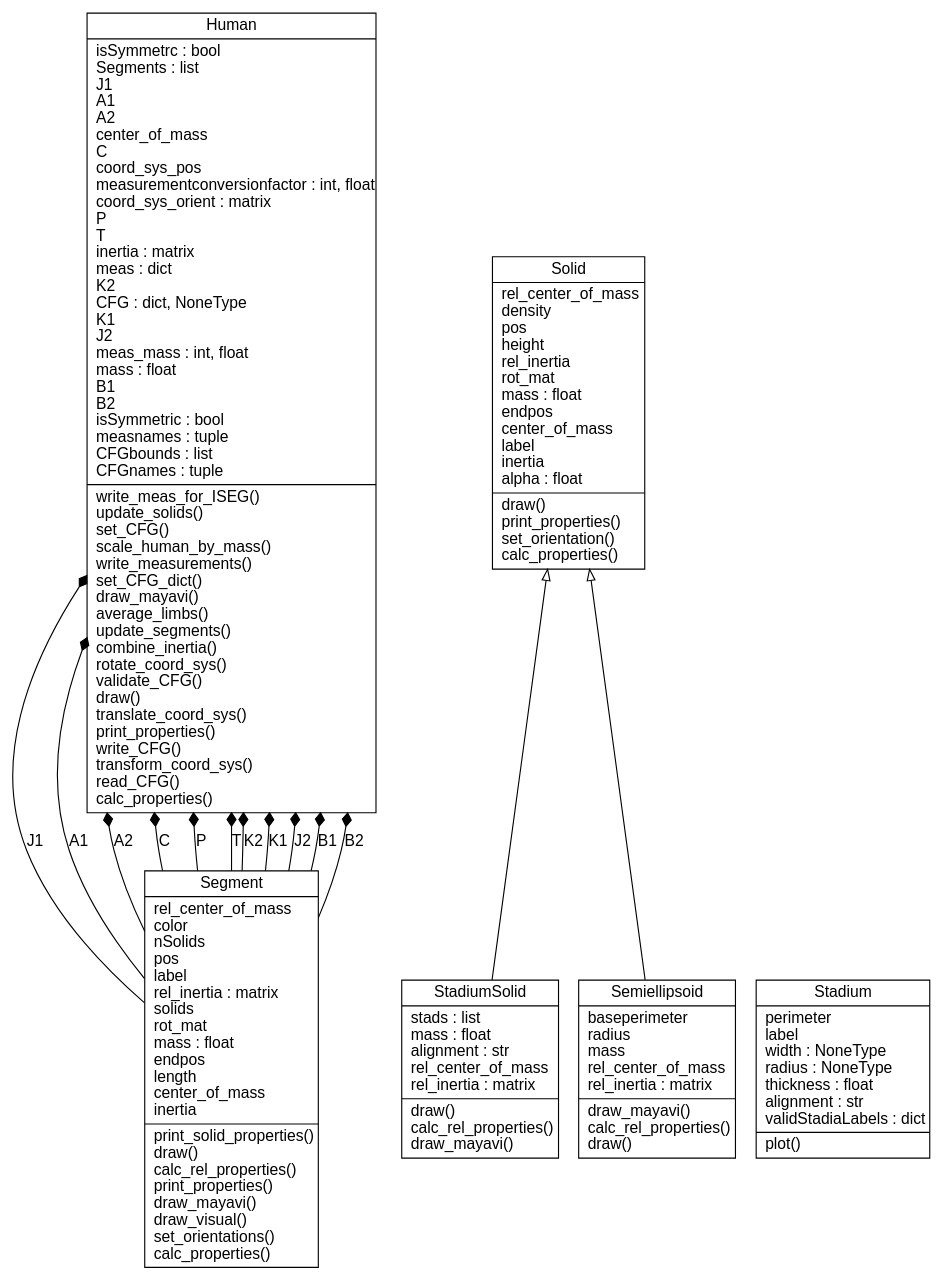
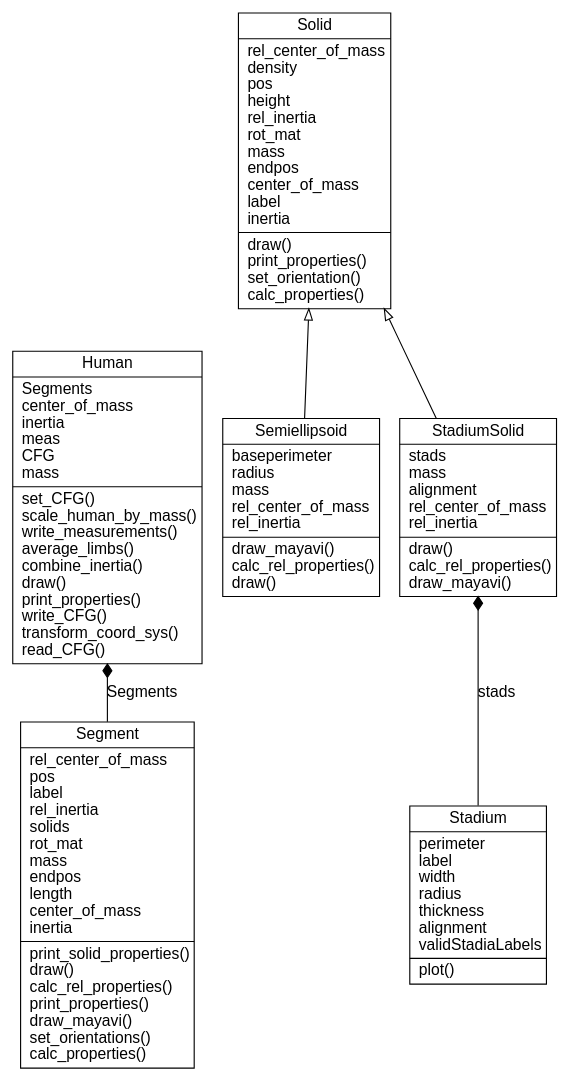
The diagram in umldiagram/umldiagram.dot (chrisdembia/python-yeadon-paper), drawn with Graphviz before and after one commit.

Commit message:
Trimming down uml diagram more.

```diff
--- a/umldiagram/umldiagram.dot
+++ b/umldiagram/umldiagram.dot
@@ -1,25 +1,16 @@
 digraph "classes_No_Name" {
     node [fontname=Arial];
     edge [fontname=Arial];
 charset="utf-8"
 rankdir=BT
-"14" [shape="record", label="{Segment|rel_center_of_mass\lcolor\lnSolids\lpos\llabel\lrel_inertia : matrix\lsolids\lrot_mat\lmass : float\lendpos\llength\lcenter_of_mass\linertia\l|print_solid_properties()\ldraw()\lcalc_rel_properties()\lprint_properties()\ldraw_mayavi()\ldraw_visual()\lset_orientations()\lcalc_properties()\l}"];
-"16" [shape="record", label="{Human|isSymmetrc : bool\lSegments : list\lJ1\lA1\lA2\lcenter_of_mass\lC\lcoord_sys_pos\lmeasurementconversionfactor : int, float\lcoord_sys_orient : matrix\lP\lT\linertia : matrix\lmeas : dict\lK2\lCFG : dict, NoneType\lK1\lJ2\lmeas_mass : int, float\lmass : float\lB1\lB2\lisSymmetric : bool\lmeasnames : tuple\lCFGbounds : list\lCFGnames : tuple\l|write_meas_for_ISEG()\lupdate_solids()\lset_CFG()\lscale_human_by_mass()\lwrite_measurements()\lset_CFG_dict()\ldraw_mayavi()\laverage_limbs()\lupdate_segments()\lcombine_inertia()\lrotate_coord_sys()\lvalidate_CFG()\ldraw()\ltranslate_coord_sys()\lprint_properties()\lwrite_CFG()\ltransform_coord_sys()\lread_CFG()\lcalc_properties()\l}"];
-"20" [shape="record", label="{StadiumSolid|stads : list\lmass : float\lalignment : str\lrel_center_of_mass\lrel_inertia : matrix\l|draw()\lcalc_rel_properties()\ldraw_mayavi()\l}"];
-"21" [shape="record", label="{Solid|rel_center_of_mass\ldensity\lpos\lheight\lrel_inertia\lrot_mat\lmass : float\lendpos\lcenter_of_mass\llabel\linertia\lalpha : float\l|draw()\lprint_properties()\lset_orientation()\lcalc_properties()\l}"];
-"22" [shape="record", label="{Stadium|perimeter\llabel\lwidth : NoneType\lradius : NoneType\lthickness : float\lalignment : str\lvalidStadiaLabels : dict\l|plot()\l}"];
-"23" [shape="record", label="{Semiellipsoid|baseperimeter\lradius\lmass\lrel_center_of_mass\lrel_inertia : matrix\l|draw_mayavi()\lcalc_rel_properties()\ldraw()\l}"];
+"14" [shape="record", label="{Segment|rel_center_of_mass\lpos\llabel\lrel_inertia\lsolids\lrot_mat\lmass\lendpos\llength\lcenter_of_mass\linertia\l|print_solid_properties()\ldraw()\lcalc_rel_properties()\lprint_properties()\ldraw_mayavi()\lset_orientations()\lcalc_properties()\l}"];
+"16" [shape="record", label="{Human|Segments\lcenter_of_mass\linertia\lmeas\lCFG\lmass\l|set_CFG()\lscale_human_by_mass()\lwrite_measurements()\laverage_limbs()\lcombine_inertia()\ldraw()\lprint_properties()\lwrite_CFG()\ltransform_coord_sys()\lread_CFG()\l}"];
+"20" [shape="record", label="{StadiumSolid|stads\lmass\lalignment\lrel_center_of_mass\lrel_inertia\l|draw()\lcalc_rel_properties()\ldraw_mayavi()\l}"];
+"21" [shape="record", label="{Solid|rel_center_of_mass\ldensity\lpos\lheight\lrel_inertia\lrot_mat\lmass\lendpos\lcenter_of_mass\llabel\linertia\l|draw()\lprint_properties()\lset_orientation()\lcalc_properties()\l}"];
+"22" [shape="record", label="{Stadium|perimeter\llabel\lwidth\lradius\lthickness\lalignment\lvalidStadiaLabels\l|plot()\l}"];
+"23" [shape="record", label="{Semiellipsoid|baseperimeter\lradius\lmass\lrel_center_of_mass\lrel_inertia\l|draw_mayavi()\lcalc_rel_properties()\ldraw()\l}"];
 "20" -> "21" [arrowtail="none", arrowhead="empty"];
 "23" -> "21" [arrowtail="none", arrowhead="empty"];
-"14" -> "16" [arrowhead="diamond", style="solid", arrowtail="none", fontcolor="black", label="J1"];
-"14" -> "16" [arrowhead="diamond", style="solid", arrowtail="none", fontcolor="black", label="A1"];
-"14" -> "16" [arrowhead="diamond", style="solid", arrowtail="none", fontcolor="black", label="A2"];
-"14" -> "16" [arrowhead="diamond", style="solid", arrowtail="none", fontcolor="black", label="C"];
-"14" -> "16" [arrowhead="diamond", style="solid", arrowtail="none", fontcolor="black", label="P"];
-"14" -> "16" [arrowhead="diamond", style="solid", arrowtail="none", fontcolor="black", label="T"];
-"14" -> "16" [arrowhead="diamond", style="solid", arrowtail="none", fontcolor="black", label="K2"];
-"14" -> "16" [arrowhead="diamond", style="solid", arrowtail="none", fontcolor="black", label="K1"];
-"14" -> "16" [arrowhead="diamond", style="solid", arrowtail="none", fontcolor="black", label="J2"];
-"14" -> "16" [arrowhead="diamond", style="solid", arrowtail="none", fontcolor="black", label="B1"];
-"14" -> "16" [arrowhead="diamond", style="solid", arrowtail="none", fontcolor="black", label="B2"];
+"14" -> "16" [arrowhead="diamond", style="solid", arrowtail="none", fontcolor="black", label="Segments"];
+"22" -> "20" [arrowhead="diamond", style="solid", arrowtail="none", fontcolor="black", label="stads"];
 }
```
